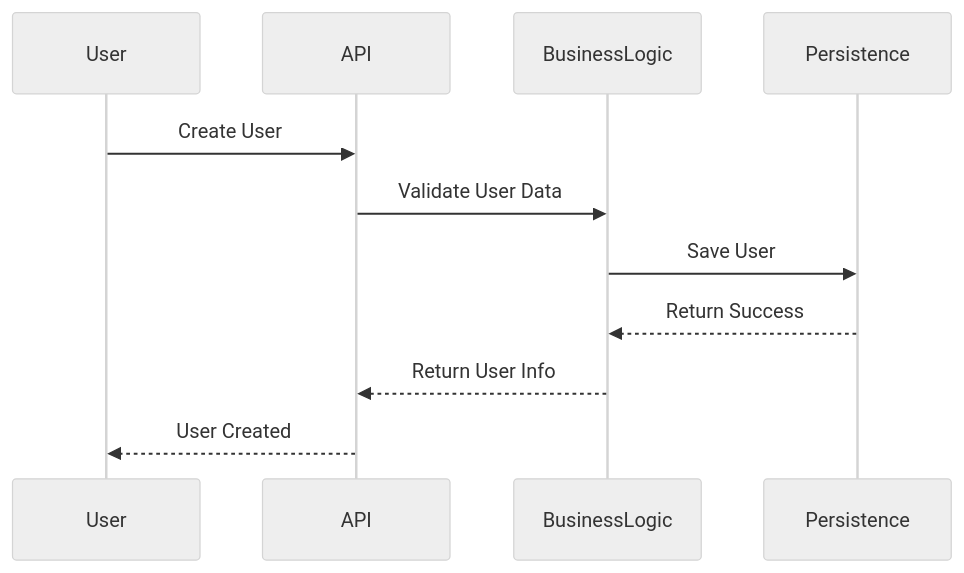
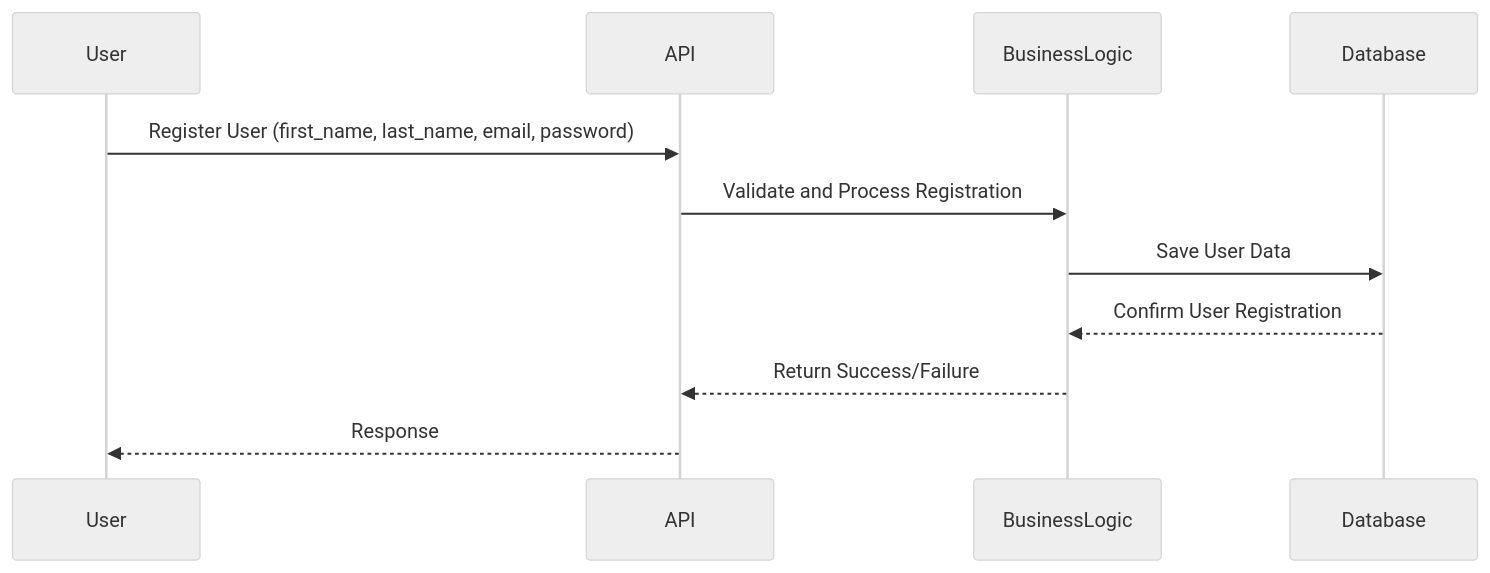
One commit to SDINAHET/HBnB changed the third of 6 diagrams in Part1_UML/README.md. Above: the diagram before and after it, drawn with Mermaid (neutral theme). The commit also changed other lines of this file and 1 other file, not shown here.

````diff
--- a/Part1_UML/README.md
+++ b/Part1_UML/README.md
@@ -104,14 +139,14 @@
 ```mermaid
 sequenceDiagram
-	participant User
-	participant API
-	participant BusinessLogic
-	participant Persistence
+participant User
+participant API
+participant BusinessLogic
+participant Database
 
-	User->>API: Create User
-	API->>BusinessLogic: Validate User Data
-	BusinessLogic->>Persistence: Save User
-	Persistence-->>BusinessLogic: Return Success
-	BusinessLogic-->>API: Return User Info
-	API-->>User: User Created
+User->>API: Register User (first_name, last_name, email, password)
+API->>BusinessLogic: Validate and Process Registration
+BusinessLogic->>Database: Save User Data
+Database-->>BusinessLogic: Confirm User Registration
+BusinessLogic-->>API: Return Success/Failure
+API-->>User: Response
 ```
````
